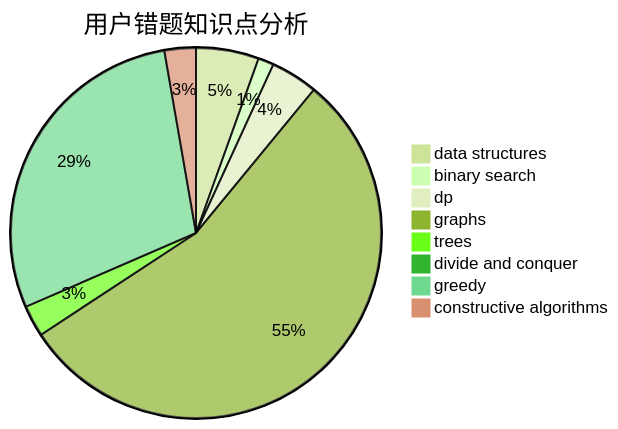
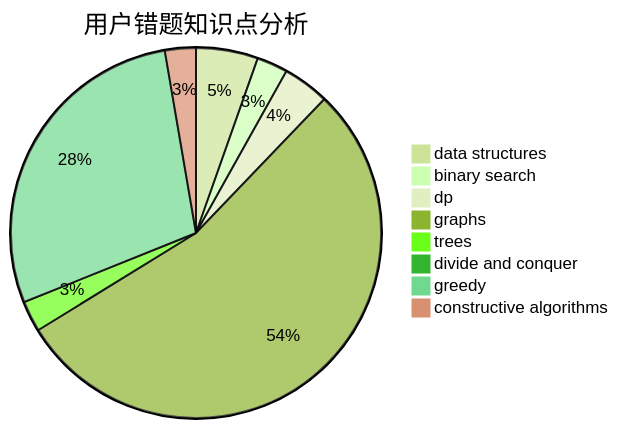
One commit to sherpahu/cfrs.github.io changed the third of 3 diagrams in docs/user/u1207.md. Above: the diagram before and after it, drawn with Mermaid (forest theme). The commit also changed other lines of this file and 2770 other files, not shown here.

````diff
--- a/docs/user/u1207.md
+++ b/docs/user/u1207.md
@@ -36,11 +36,11 @@
 ```mermaid
 pie title 用户错题知识点分析
     "data structures" :  4
-    "binary search" :  1
+    "binary search" :  2
     "dp" :  3
     "graphs" :  40
     "trees" :  2
     "divide and conquer" :  0
     "greedy" :  21
     "constructive algorithms" :  2
 ```
````
